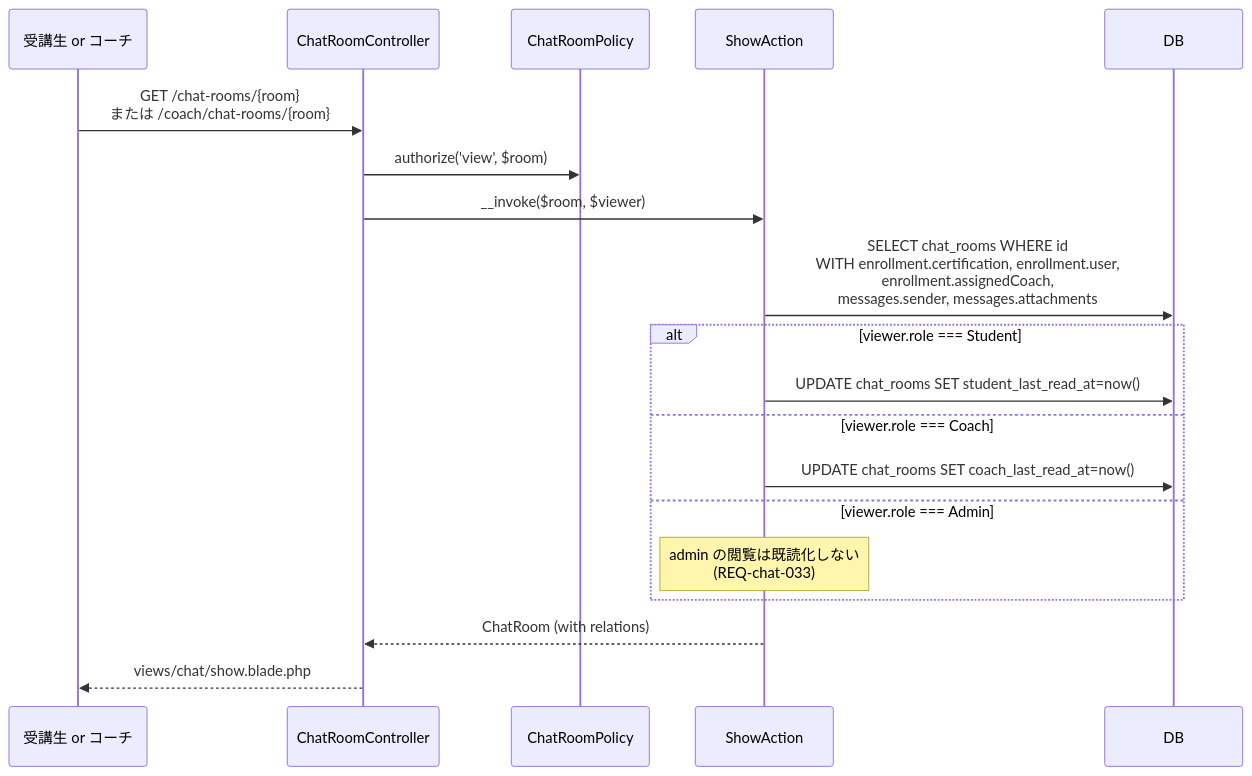
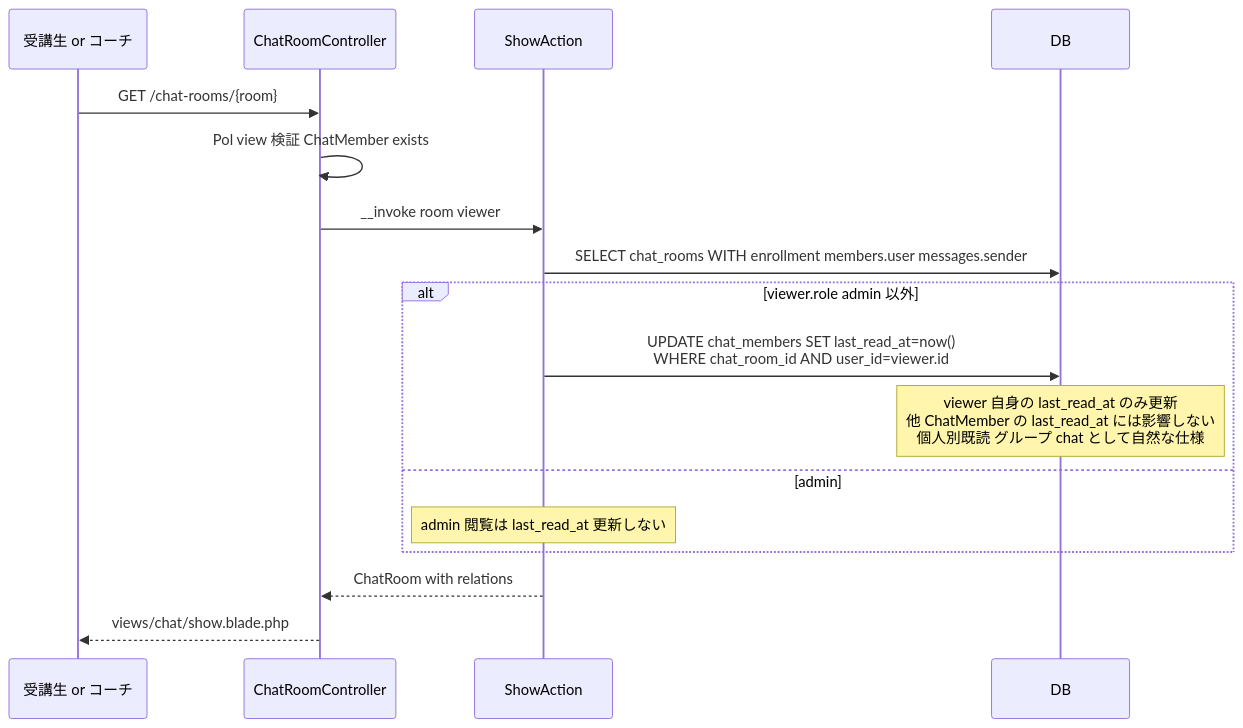
Before and after one commit to coachtech-mockcase-second/ExampleAnswer-mockcase-CertifyLMS: the fourth of 5 diagrams in docs/specs/chat/design.md, drawn with Mermaid. The commit also changed other lines of this file and 67 other files, not shown here.

````diff
--- a/docs/specs/chat/design.md
+++ b/docs/specs/chat/design.md
@@ -110,22 +119,20 @@
 ```mermaid
 sequenceDiagram
     participant Viewer as 受講生 or コーチ
     participant CRC as ChatRoomController
-    participant Pol as ChatRoomPolicy
     participant SA as ShowAction
-    participant DB as DB
+    participant DB
 
-    Viewer->>CRC: GET /chat-rooms/{room}<br/>または /coach/chat-rooms/{room}
-    CRC->>Pol: authorize('view', $room)
-    CRC->>SA: __invoke($room, $viewer)
-    SA->>DB: SELECT chat_rooms WHERE id<br/>WITH enrollment.certification, enrollment.user,<br/>enrollment.assignedCoach,<br/>messages.sender, messages.attachments
-    alt viewer.role === Student
-        SA->>DB: UPDATE chat_rooms SET student_last_read_at=now()
-    else viewer.role === Coach
-        SA->>DB: UPDATE chat_rooms SET coach_last_read_at=now()
-    else viewer.role === Admin
-        Note over SA: admin の閲覧は既読化しない<br/>(REQ-chat-033)
+    Viewer->>CRC: GET /chat-rooms/{room}
+    CRC->>CRC: Pol view 検証 ChatMember exists
+    CRC->>SA: __invoke room viewer
+    SA->>DB: SELECT chat_rooms WITH enrollment members.user messages.sender
+    alt viewer.role admin 以外
+        SA->>DB: UPDATE chat_members SET last_read_at=now()<br/>WHERE chat_room_id AND user_id=viewer.id
+        Note over DB: viewer 自身の last_read_at のみ更新<br/>他 ChatMember の last_read_at には影響しない<br/>個人別既読 グループ chat として自然な仕様
+    else admin
+        Note over SA: admin 閲覧は last_read_at 更新しない
     end
-    SA-->>CRC: ChatRoom (with relations)
+    SA-->>CRC: ChatRoom with relations
     CRC-->>Viewer: views/chat/show.blade.php
 ```
````
